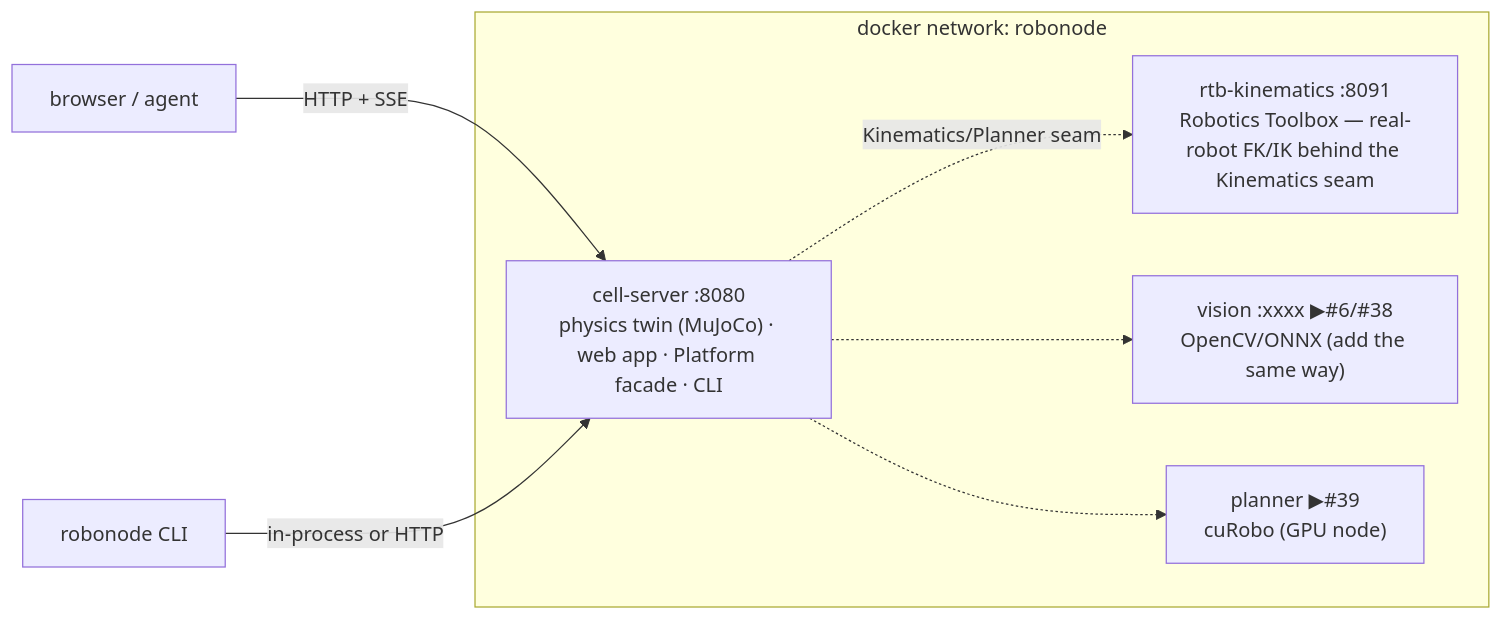
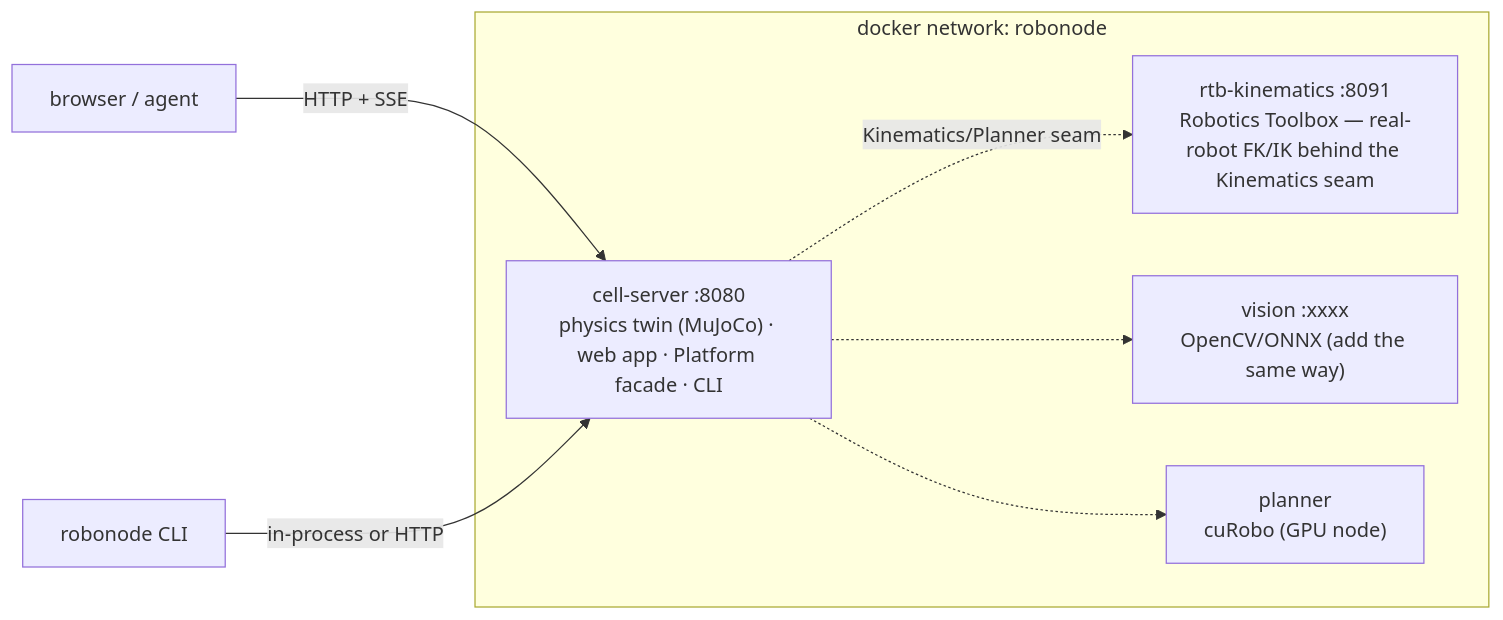
Before and after one commit to brmel/robonode: the diagram in docs/DEPLOYMENT.md, drawn with Mermaid. The commit also changed other lines of this file and 16 other files, not shown here.

````diff
--- a/docs/DEPLOYMENT.md
+++ b/docs/DEPLOYMENT.md
@@ -7,14 +7,14 @@
 ```mermaid
 flowchart LR
   subgraph net["docker network: robonode"]
     CS["cell-server :8080<br/>physics twin (MuJoCo) · web app · Platform facade · CLI"]
     RTB["rtb-kinematics :8091<br/>Robotics Toolbox — real-robot FK/IK behind the Kinematics seam"]
-    VIS["vision :xxxx ▶#6/#38<br/>OpenCV/ONNX (add the same way)"]
-    PLAN["planner ▶#39<br/>cuRobo (GPU node)"]
+    VIS["vision :xxxx<br/>OpenCV/ONNX (add the same way)"]
+    PLAN["planner<br/>cuRobo (GPU node)"]
   end
   Browser["browser / agent"] -->|HTTP + SSE| CS
   CLI["robonode CLI"] -->|in-process or HTTP| CS
   CS -.->|Kinematics/Planner seam| RTB
   CS -.-> VIS
   CS -.-> PLAN
 ```
````
